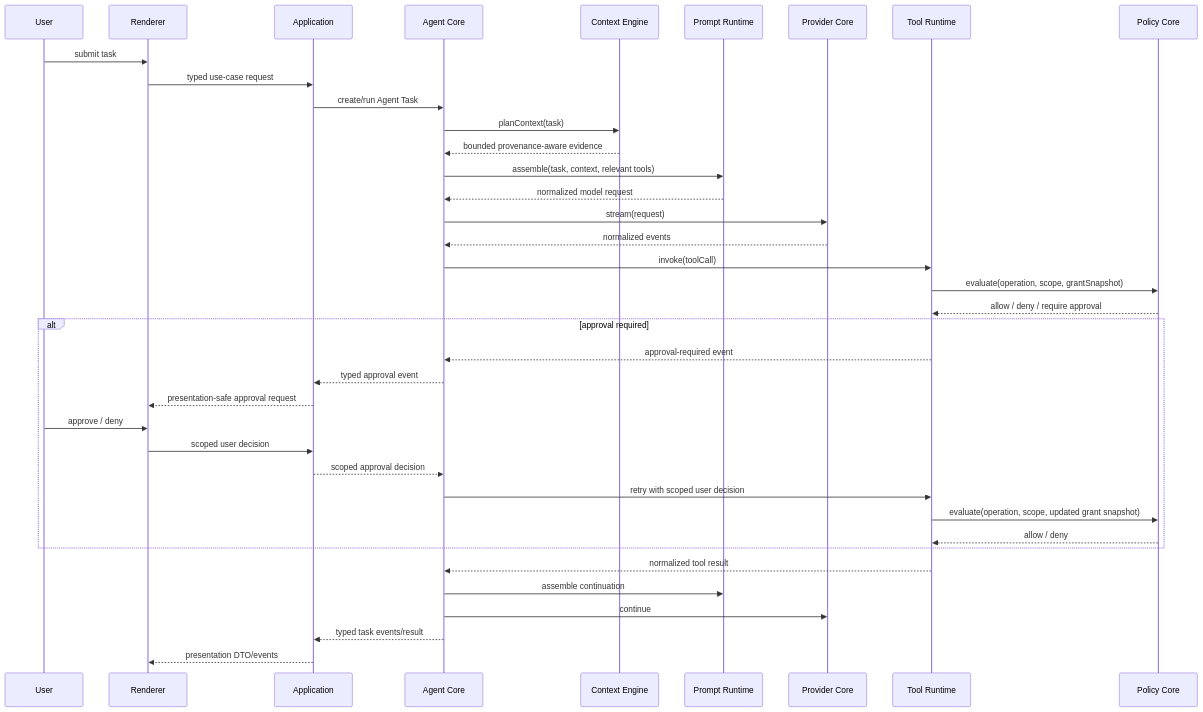
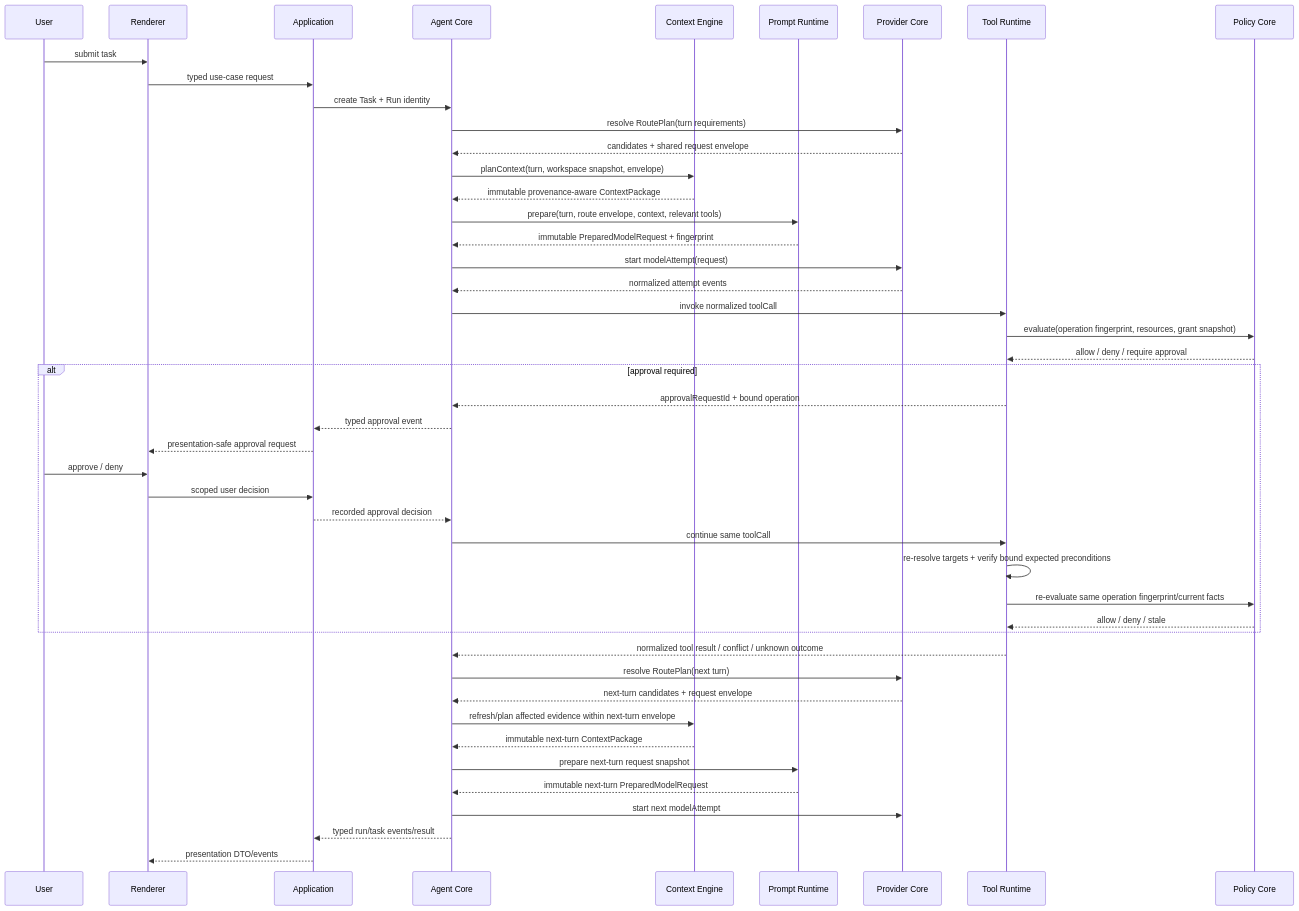
One commit to Toanhp123/ai-chatbot changed the fourth of 4 diagrams in docs/ARCHITECTURE.md. Above: the diagram before and after it, drawn with Mermaid. The commit also changed other lines of this file and 32 other files, not shown here.

````diff
--- a/docs/ARCHITECTURE.md
+++ b/docs/ARCHITECTURE.md
@@ -348,41 +348,49 @@
 ```mermaid
 sequenceDiagram
     participant U as User
     participant UI as Renderer
     participant APP as Application
     participant A as Agent Core
     participant C as Context Engine
     participant PR as Prompt Runtime
     participant P as Provider Core
     participant T as Tool Runtime
     participant PE as Policy Core
 
     U->>UI: submit task
     UI->>APP: typed use-case request
-    APP->>A: create/run Agent Task
-    A->>C: planContext(task)
-    C-->>A: bounded provenance-aware evidence
-    A->>PR: assemble(task, context, relevant tools)
-    PR-->>A: normalized model request
-    A->>P: stream(request)
-    P-->>A: normalized events
-    A->>T: invoke(toolCall)
-    T->>PE: evaluate(operation, scope, grantSnapshot)
+    APP->>A: create Task + Run identity
+    A->>P: resolve RoutePlan(turn requirements)
+    P-->>A: candidates + shared request envelope
+    A->>C: planContext(turn, workspace snapshot, envelope)
+    C-->>A: immutable provenance-aware ContextPackage
+    A->>PR: prepare(turn, route envelope, context, relevant tools)
+    PR-->>A: immutable PreparedModelRequest + fingerprint
+    A->>P: start modelAttempt(request)
+    P-->>A: normalized attempt events
+    A->>T: invoke normalized toolCall
+    T->>PE: evaluate(operation fingerprint, resources, grant snapshot)
     PE-->>T: allow / deny / require approval
     alt approval required
-      T-->>A: approval-required event
+      T-->>A: approvalRequestId + bound operation
       A-->>APP: typed approval event
       APP-->>UI: presentation-safe approval request
       U->>UI: approve / deny
       UI->>APP: scoped user decision
-      APP-->>A: scoped approval decision
-      A->>T: retry with scoped user decision
-      T->>PE: evaluate(operation, scope, updated grant snapshot)
-      PE-->>T: allow / deny
+      APP-->>A: recorded approval decision
+      A->>T: continue same toolCall
+      T->>T: re-resolve targets + verify bound expected preconditions
+      T->>PE: re-evaluate same operation fingerprint/current facts
+      PE-->>T: allow / deny / stale
     end
-    T-->>A: normalized tool result
-    A->>PR: assemble continuation
-    A->>P: continue
-    A-->>APP: typed task events/result
+    T-->>A: normalized tool result / conflict / unknown outcome
+    A->>P: resolve RoutePlan(next turn)
+    P-->>A: next-turn candidates + request envelope
+    A->>C: refresh/plan affected evidence within next-turn envelope
+    C-->>A: immutable next-turn ContextPackage
+    A->>PR: prepare next-turn request snapshot
+    PR-->>A: immutable next-turn PreparedModelRequest
+    A->>P: start next modelAttempt
+    A-->>APP: typed run/task events/result
     APP-->>UI: presentation DTO/events
 ```
````
